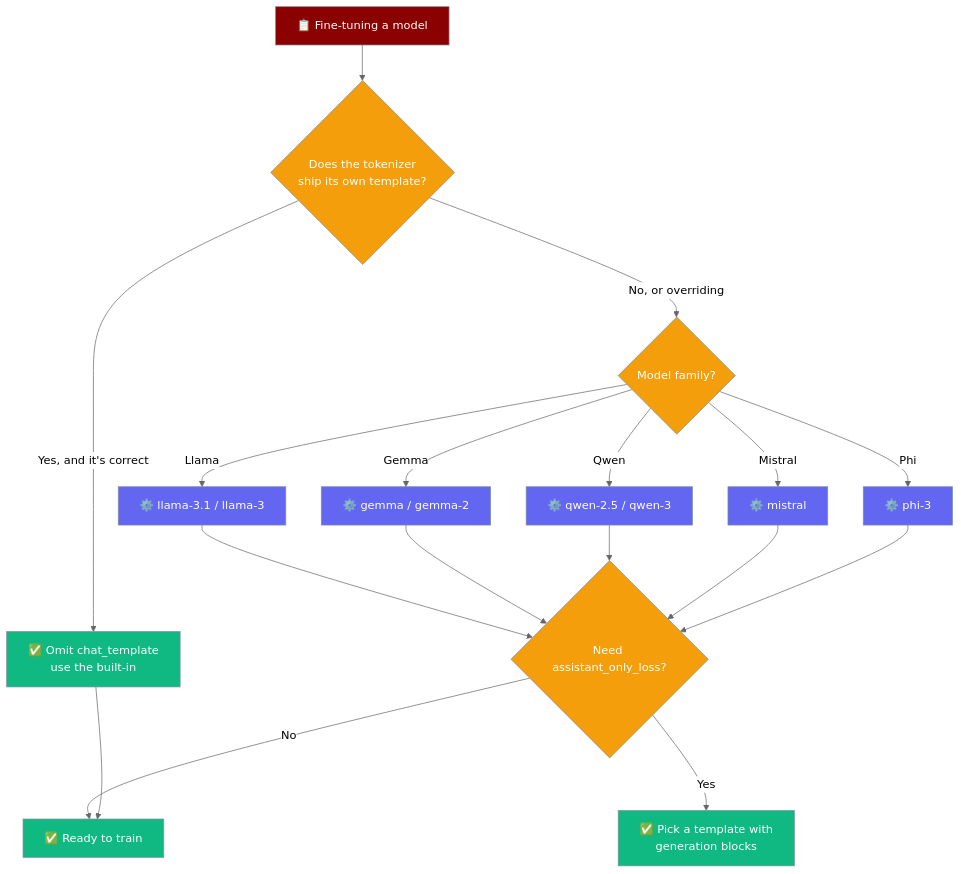
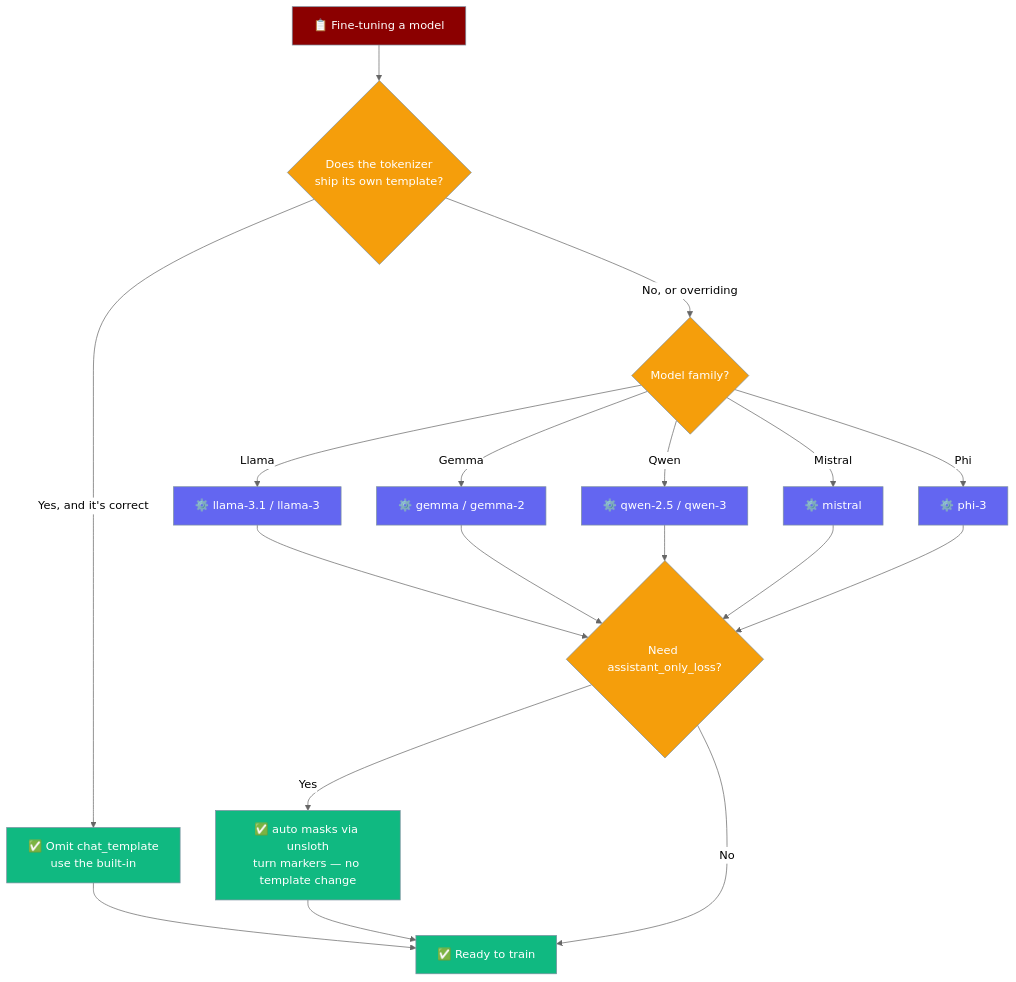
Diagram 16 of 16 in docs/train.mdx (MervinPraison/PraisonAIDocs), drawn with Mermaid (neutral theme) before and after one commit. The commit also changed other lines of this file and 4 other files, not shown here.

````diff
--- a/docs/train.mdx
+++ b/docs/train.mdx
@@ -1578,29 +1658,30 @@
 ```mermaid
 graph TB
     Start[📋 Fine-tuning a model] --> Q1{Does the tokenizer<br/>ship its own template?}
     Q1 -->|Yes, and it's correct| Omit[✅ Omit chat_template<br/>use the built-in]
     Q1 -->|No, or overriding| Fam{Model family?}
     Fam -->|Llama| L[⚙️ llama-3.1 / llama-3]
     Fam -->|Gemma| G[⚙️ gemma / gemma-2]
     Fam -->|Qwen| Qw[⚙️ qwen-2.5 / qwen-3]
     Fam -->|Mistral| M[⚙️ mistral]
     Fam -->|Phi| P[⚙️ phi-3]
     L --> Mask{Need assistant_only_loss?}
     G --> Mask
     Qw --> Mask
     M --> Mask
     P --> Mask
-    Mask -->|Yes| Gen[✅ Pick a template with<br/>generation blocks]
+    Mask -->|Yes| Gen[✅ auto masks via unsloth<br/>turn markers — no template change]
     Mask -->|No| Done[✅ Ready to train]
     Omit --> Done
+    Gen --> Done
 
     classDef input fill:#8B0000,stroke:#7C90A0,color:#fff
     classDef decision fill:#F59E0B,stroke:#7C90A0,color:#fff
     classDef config fill:#6366F1,stroke:#7C90A0,color:#fff
     classDef success fill:#10B981,stroke:#7C90A0,color:#fff
 
     class Start input
     class Q1,Fam,Mask decision
     class L,G,Qw,M,P config
     class Omit,Gen,Done success
 ```
````
